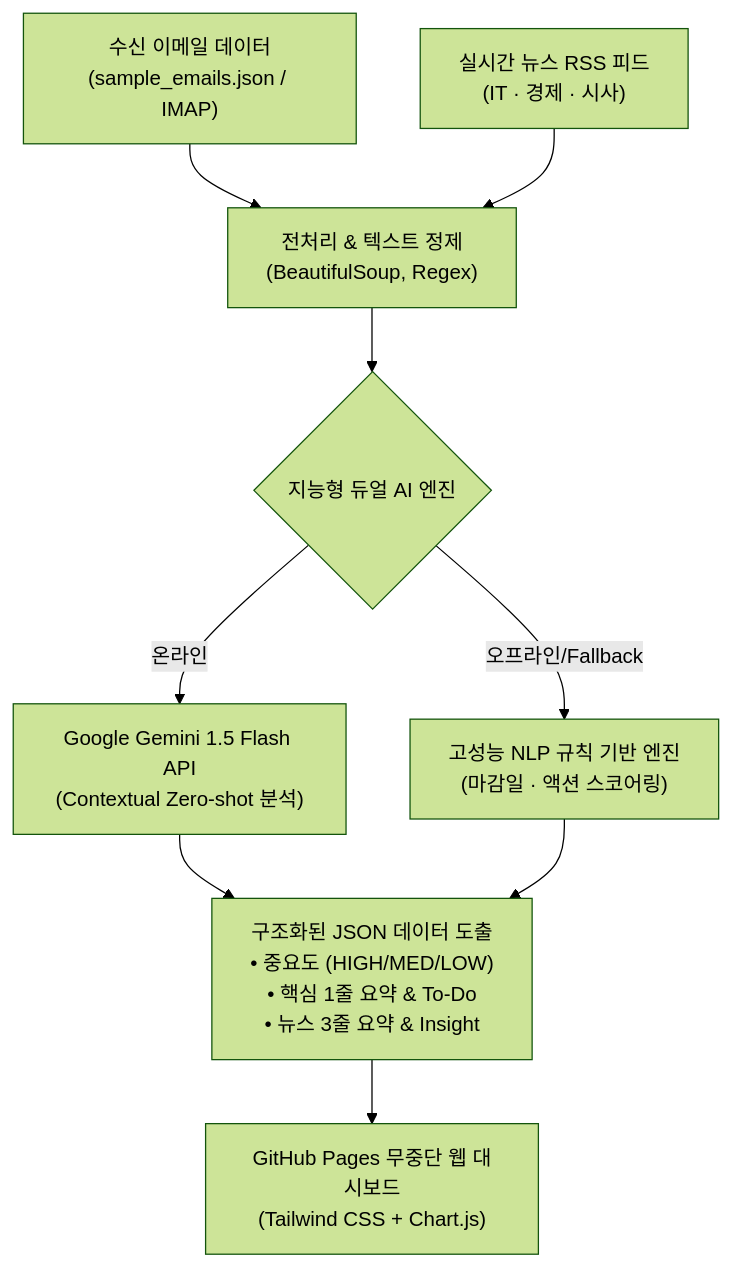
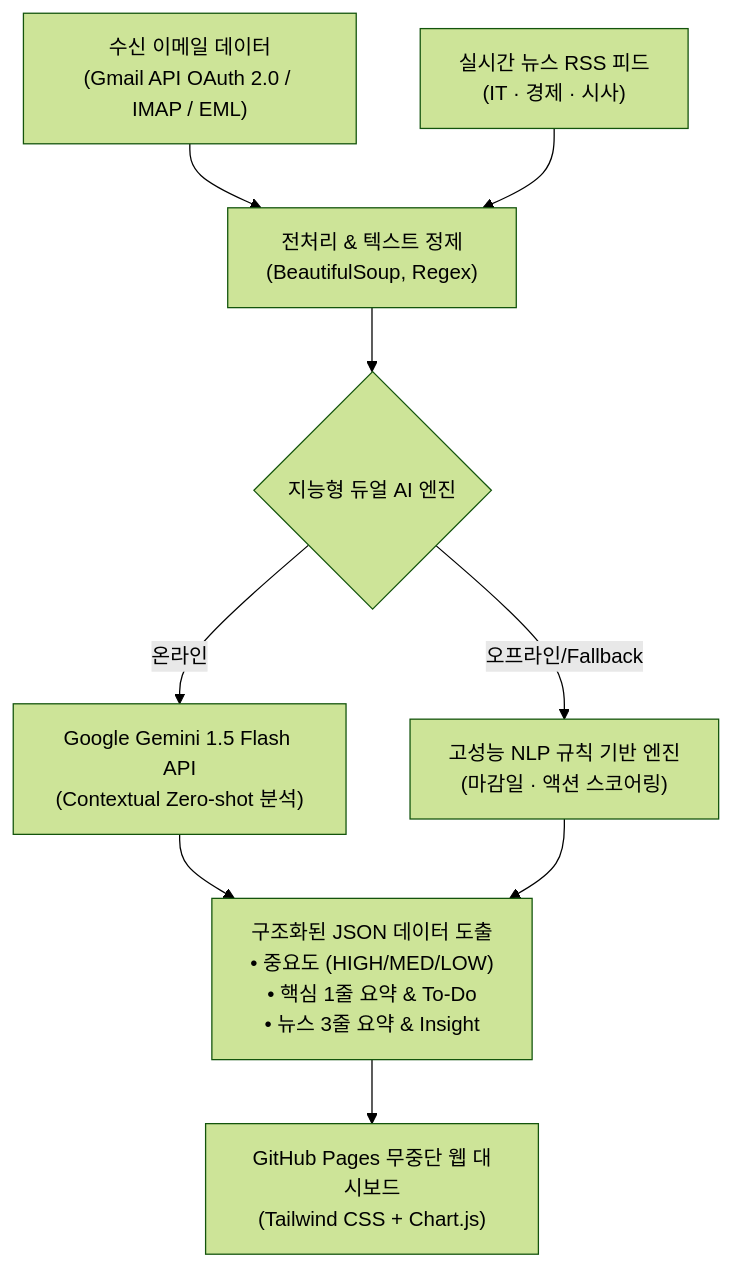
The diagram in README.md (JeongSeongHun054/Mail_Classification_Project), drawn with Mermaid (forest theme) before and after one commit. The commit also changed other lines of this file and 5 other files, not shown here.

Commit message:
feat: Add Google Gmail OAuth 2.0 integration & live custom mail importer

````diff
--- a/README.md
+++ b/README.md
@@ -39,14 +39,14 @@
 ```mermaid
 graph TD
-    A["수신 이메일 데이터<br/>(sample_emails.json / IMAP)"] --> C["전처리 & 텍스트 정제<br/>(BeautifulSoup, Regex)"]
+    A["수신 이메일 데이터<br/>(Gmail API OAuth 2.0 / IMAP / EML)"] --> C["전처리 & 텍스트 정제<br/>(BeautifulSoup, Regex)"]
     B["실시간 뉴스 RSS 피드<br/>(IT · 경제 · 시사)"] --> C
     
     C --> D{"지능형 듀얼 AI 엔진"}
     D -->|온라인| E["Google Gemini 1.5 Flash API<br/>(Contextual Zero-shot 분석)"]
     D -->|오프라인/Fallback| F["고성능 NLP 규칙 기반 엔진<br/>(마감일 · 액션 스코어링)"]
     
     E --> G["구조화된 JSON 데이터 도출<br/>• 중요도 (HIGH/MED/LOW)<br/>• 핵심 1줄 요약 & To-Do<br/>• 뉴스 3줄 요약 & Insight"]
     F --> G
     
     G --> H["GitHub Pages 무중단 웹 대시보드<br/>(Tailwind CSS + Chart.js)"]
 ```
````
